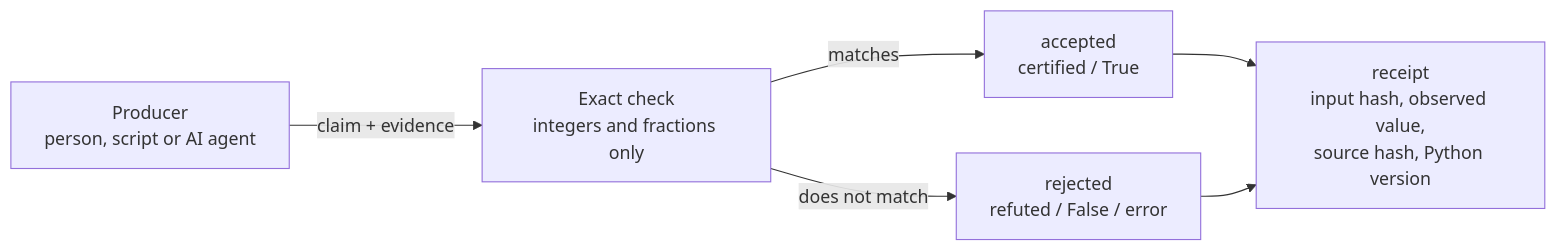
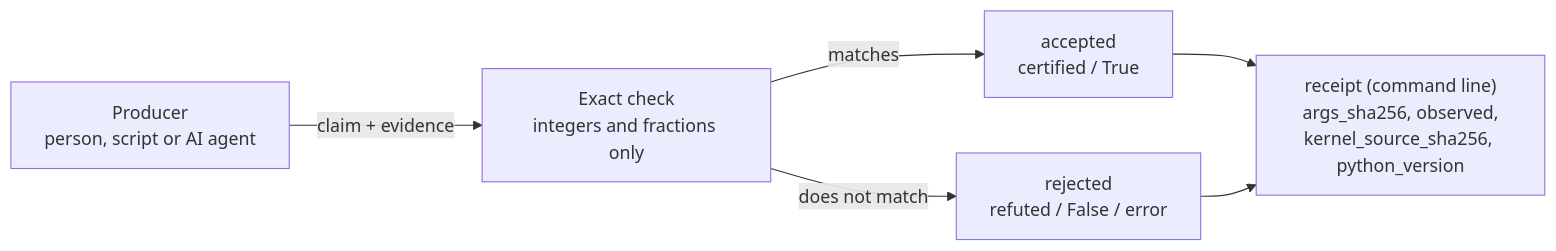
One commit to Akilleez-QA/foundation-math changed the diagram in README.md. Above: the diagram before and after it, drawn with Mermaid. The commit also changed other lines of this file and 1 other file, not shown here.

````diff
--- a/README.md
+++ b/README.md
@@ -32,8 +33,8 @@
 ```mermaid
 flowchart LR
     P["Producer<br/>person, script or AI agent"] -->|"claim + evidence"| K["Exact check<br/>integers and fractions only"]
     K -->|"matches"| A["accepted<br/>certified / True"]
     K -->|"does not match"| R["rejected<br/>refuted / False / error"]
-    A --> O["receipt<br/>input hash, observed value,<br/>source hash, Python version"]
+    A --> O["receipt (command line)<br/>args_sha256, observed,<br/>kernel_source_sha256, python_version"]
     R --> O
 ```
````
